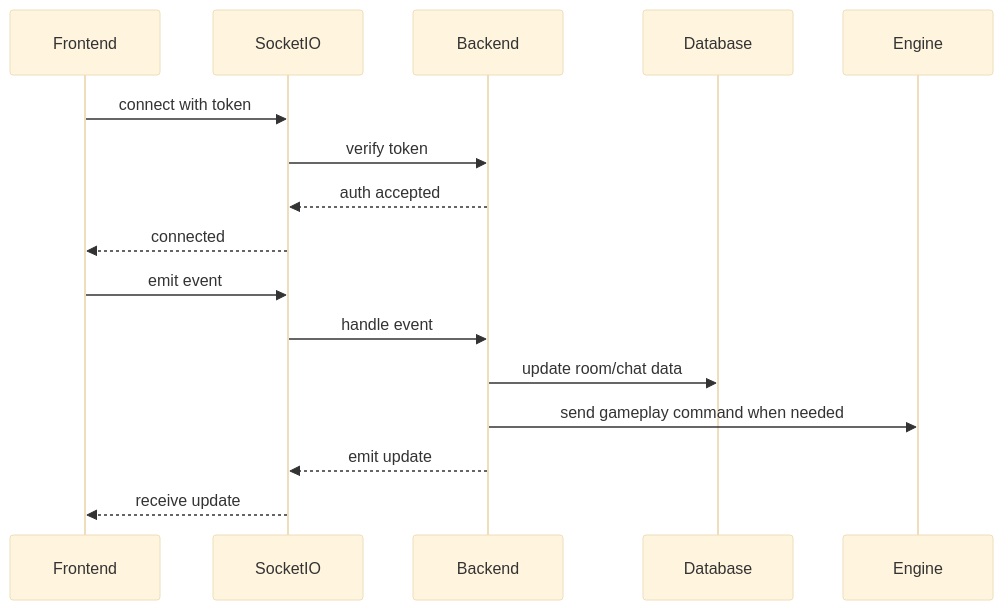
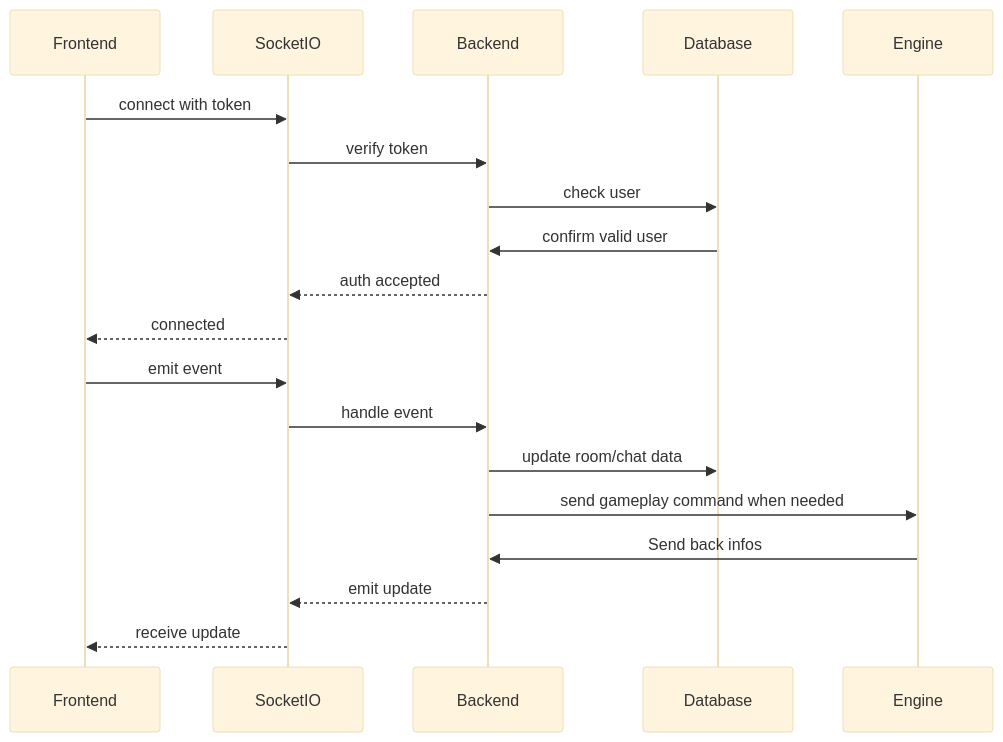
Before and after one commit to Nanborg/ft_transcendence: the diagram in docs/modules/realtime-websocket.md, drawn with Mermaid (base theme). The commit also changed other lines of this file and 4 other files, not shown here.

````diff
--- a/docs/modules/realtime-websocket.md
+++ b/docs/modules/realtime-websocket.md
@@ -42,18 +42,21 @@
 ```mermaid
 sequenceDiagram
   participant Frontend
   participant SocketIO
   participant Backend
   participant Database
   participant Engine
   Frontend->>SocketIO: connect with token
   SocketIO->>Backend: verify token
+  Backend->>Database: check user
+  Database->>Backend: confirm valid user
   Backend-->>SocketIO: auth accepted
   SocketIO-->>Frontend: connected
   Frontend->>SocketIO: emit event
   SocketIO->>Backend: handle event
   Backend->>Database: update room/chat data
   Backend->>Engine: send gameplay command when needed
+  Engine->>Backend: Send back infos
   Backend-->>SocketIO: emit update
   SocketIO-->>Frontend: receive update
 ```
````
